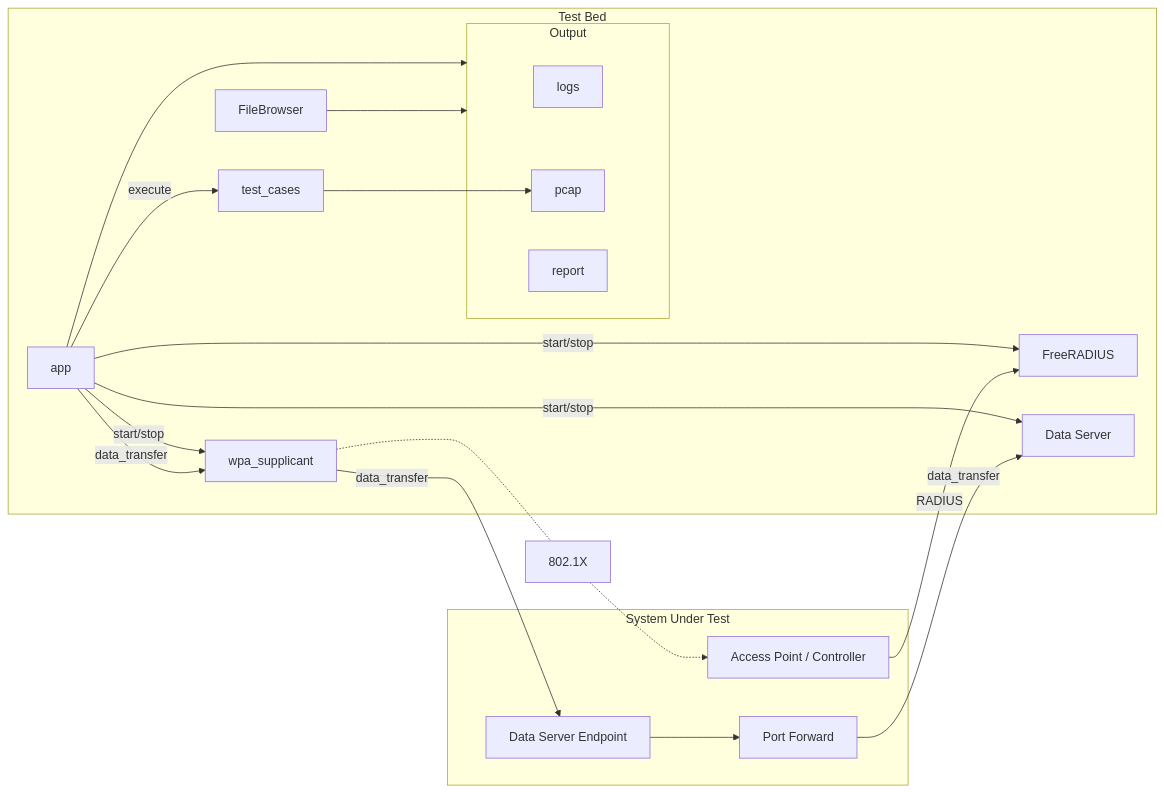
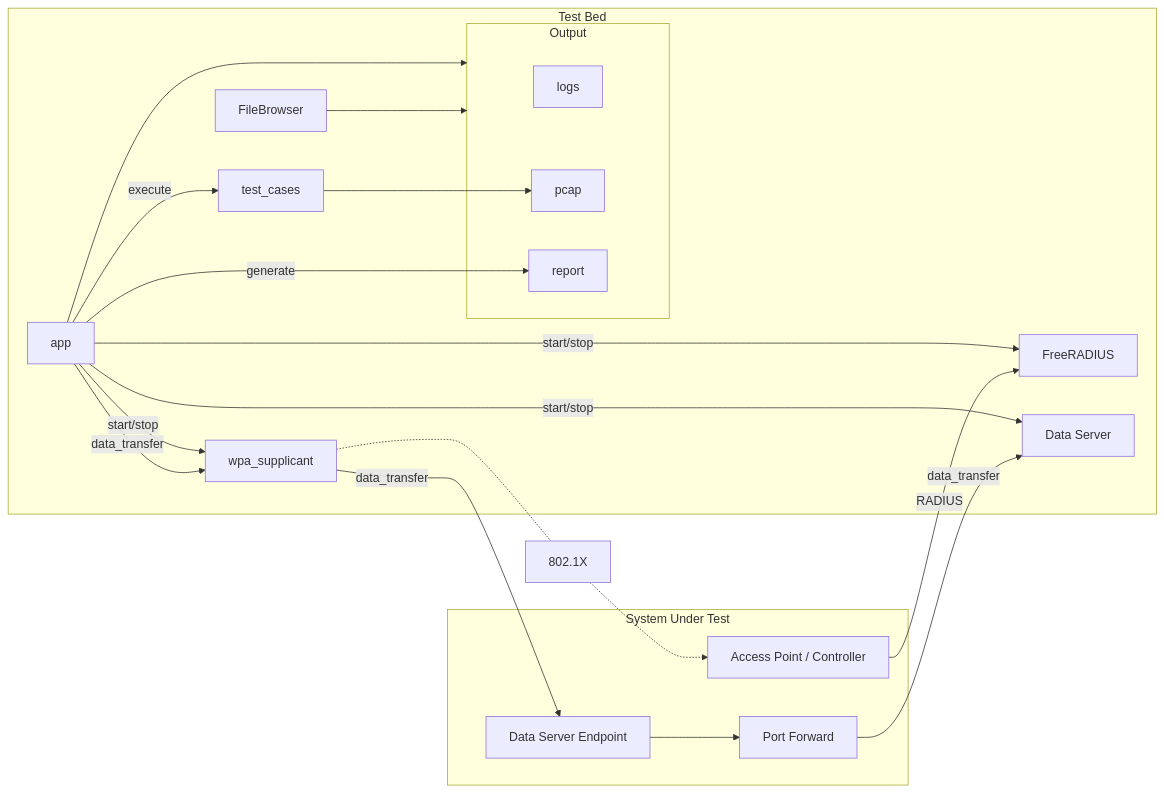
Before and after one commit to wireless-broadband-alliance/radius-accounting-testbed: the diagram in README.md, drawn with Mermaid.

Commit message:
small change to graph

````diff
--- a/README.md
+++ b/README.md
@@ -105,29 +105,30 @@
 ```mermaid
 flowchart LR
     subgraph output [Output]
         logs
         pcap
         report
     end
     subgraph testbed [Test Bed]
         app[app]--start/stop-->wpa_supplicant
         app-->output
         app--data_transfer-->wpa_supplicant
         app--start/stop-->FreeRADIUS
         app--start/stop-->DataServer[Data Server]
         app--execute-->test_cases
+        app--generate-->report
         test_cases-->pcap
         filebrowser[FileBrowser] --> output
     end
     subgraph sut [System Under Test]
     ap[Access Point / Controller]
     dse[Data Server Endpoint]
     dsepf[Port Forward]
     dse --> dsepf
     end
     wpa_supplicant-.-802.1X-.->ap
     wpa_supplicant--data_transfer-->dse
     dsepf--data_transfer-->DataServer
     ap--RADIUS-->FreeRADIUS
 
 ```
````
